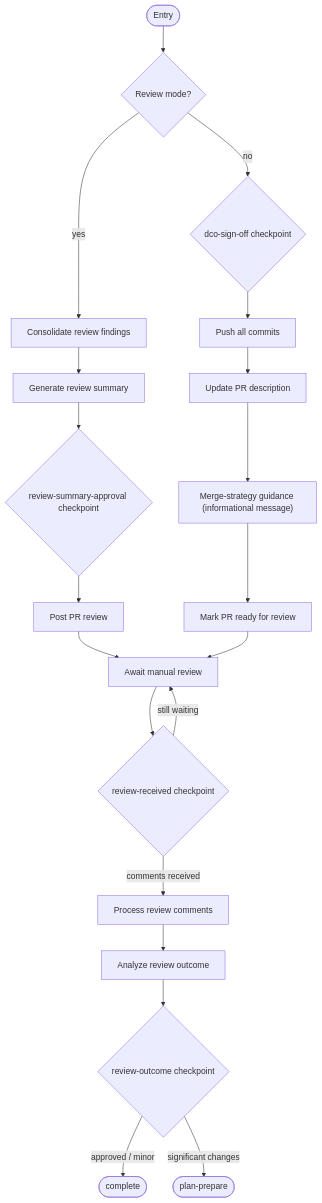
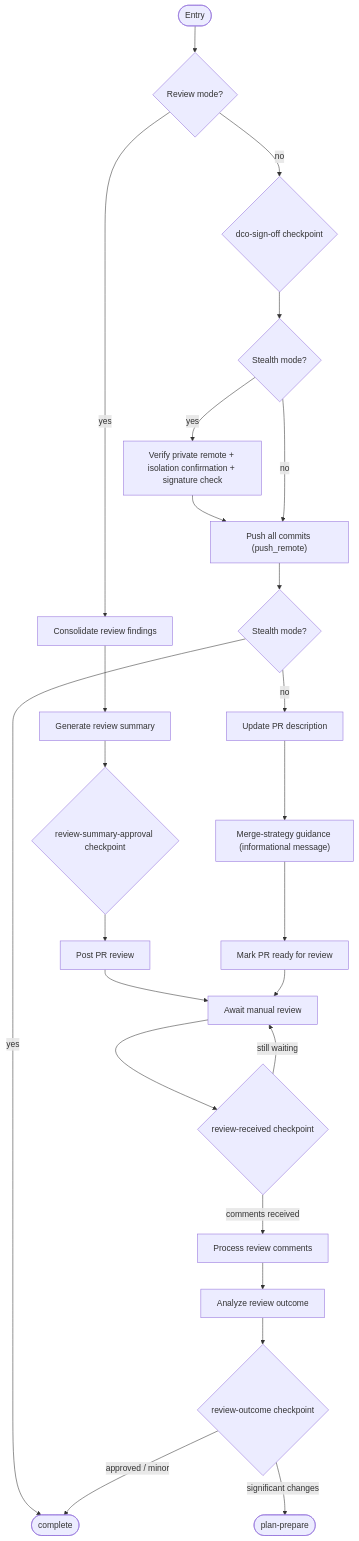
One commit to m2ux/workflow-server changed diagram 14 of 15 in work-package/activities/README.md. Above: the diagram before and after it, drawn with Mermaid. The commit also changed other lines of this file and 24 other files, not shown here.

First line of the commit message:
feat(work-package): stealth_mode disclosure gating and private-remote submission path (3.28.0)

````diff
--- a/work-package/activities/README.md
+++ b/work-package/activities/README.md
@@ -410,25 +413,30 @@
 ```mermaid
 graph TD
     entryNode(["Entry"]) --> reviewMode{"Review mode?"}
     reviewMode -->|"yes"| consolidate["Consolidate review findings"]
     consolidate --> genSummary["Generate review summary"]
     genSummary --> cpSummaryApproval{"review-summary-approval checkpoint"}
     cpSummaryApproval --> postReview["Post PR review"]
     postReview --> awaitReview
 
     reviewMode -->|"no"| cpDco{"dco-sign-off checkpoint"}
-    cpDco --> pushCommits["Push all commits"]
-    pushCommits --> updateDesc["Update PR description"]
+    cpDco --> stealthMode{"Stealth mode?"}
+    stealthMode -->|"yes"| verifyRemote["Verify private remote + isolation confirmation + signature check"]
+    verifyRemote --> pushCommits
+    stealthMode -->|"no"| pushCommits["Push all commits (push_remote)"]
+    pushCommits --> stealthExit{"Stealth mode?"}
+    stealthExit -->|"yes"| exitComplete
+    stealthExit -->|"no"| updateDesc["Update PR description"]
     updateDesc --> mergeGuidance["Merge-strategy guidance (informational message)"]
     mergeGuidance --> markReady["Mark PR ready for review"]
     markReady --> awaitReview["Await manual review"]
 
     awaitReview --> cpReceived{"review-received checkpoint"}
     cpReceived -->|"comments received"| processComments["Process review comments"]
     cpReceived -->|"still waiting"| awaitReview
 
     processComments --> analyzeOutcome["Analyze review outcome"]
     analyzeOutcome --> cpOutcome{"review-outcome checkpoint"}
     cpOutcome -->|"approved / minor"| exitComplete(["complete"])
     cpOutcome -->|"significant changes"| exitPlan(["plan-prepare"])
 ```
````
